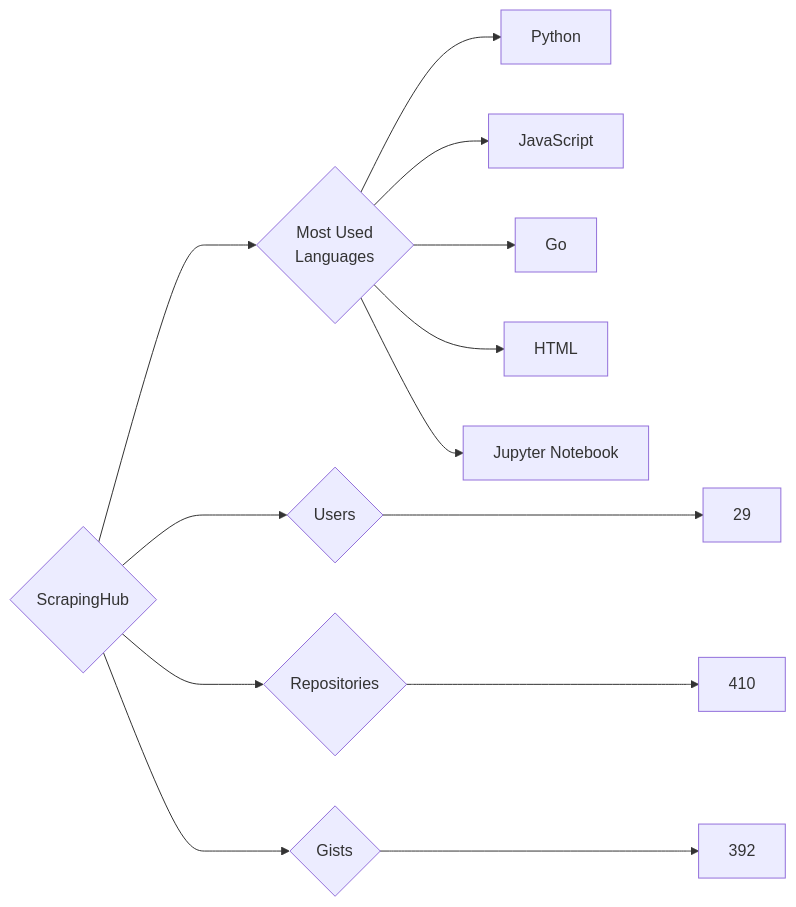
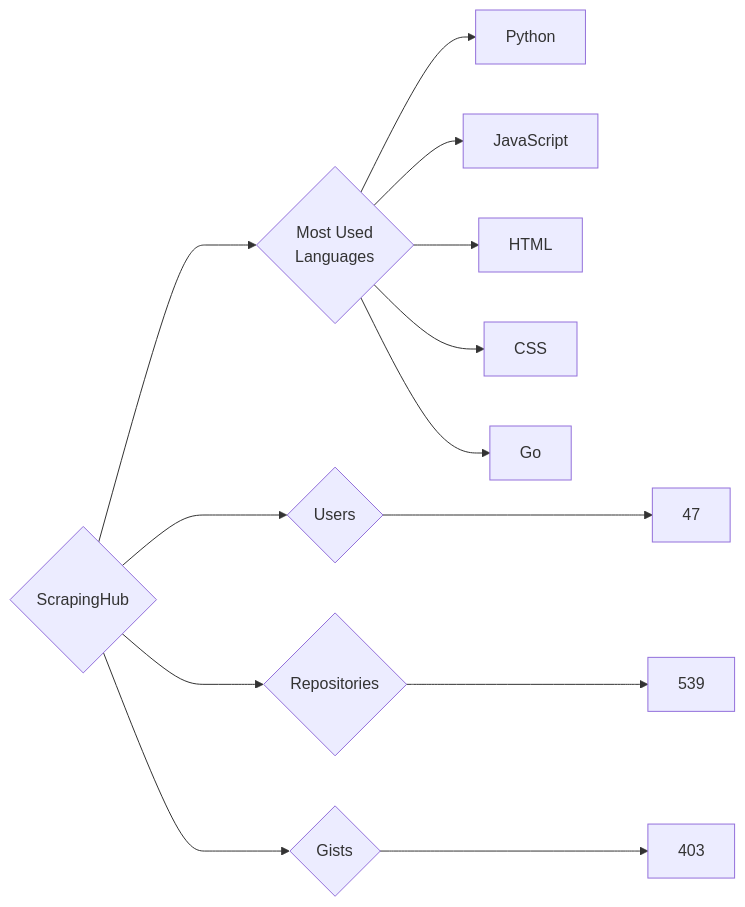
Before and after one commit to trickest/insiders: the diagram in targets/ScrapingHub/README.md, drawn with Mermaid. The commit also changed 833 other files, not shown here.

````diff
--- a/targets/ScrapingHub/README.md
+++ b/targets/ScrapingHub/README.md
@@ -3,13 +3,13 @@
 ```mermaid
 graph LR
 COMPANY_NAME{ScrapingHub}
-COMPANY_NAME ---> U{Users} ---> UN[29]
-COMPANY_NAME ---> R{Repositories} ---> RN[410]
-COMPANY_NAME ---> G{Gists} ---> GN[392]
+COMPANY_NAME ---> U{Users} ---> UN[47]
+COMPANY_NAME ---> R{Repositories} ---> RN[539]
+COMPANY_NAME ---> G{Gists} ---> GN[403]
 COMPANY_NAME ---> ML{Most Used<br>Languages}
 ML --> Python[Python]
 ML --> JavaScript[JavaScript]
+ML --> HTML[HTML]
+ML --> CSS[CSS]
 ML --> Go[Go]
-ML --> HTML[HTML]
-ML --> Jupyter_Notebook[Jupyter Notebook]
 ```
````
